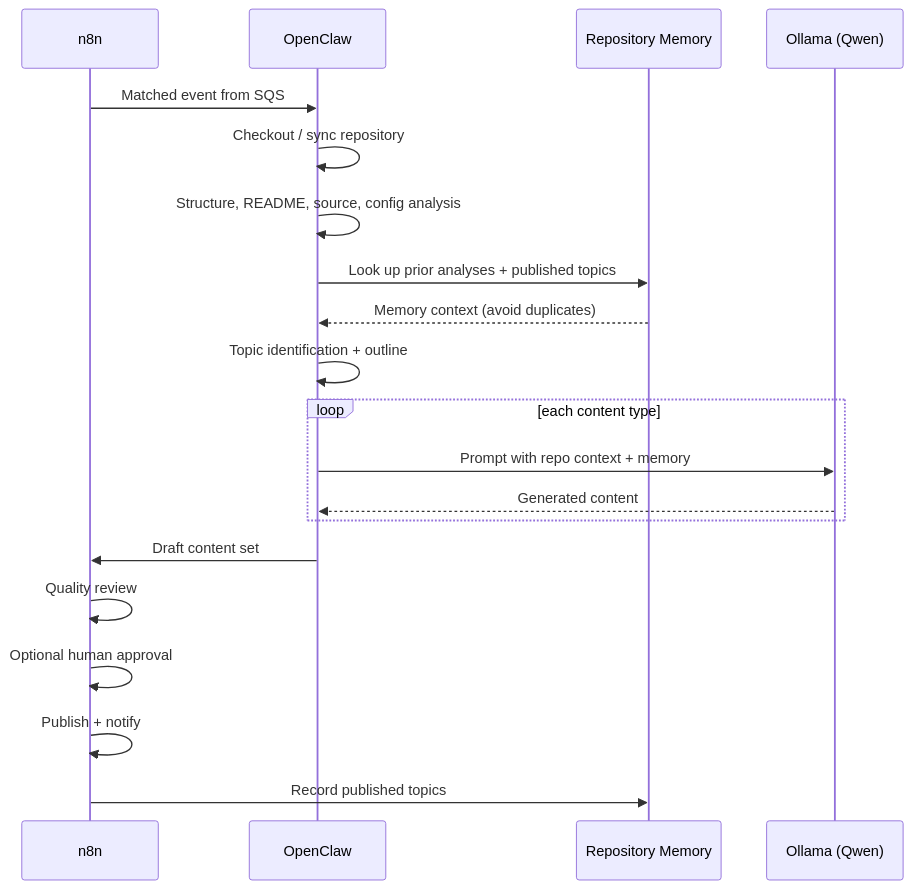
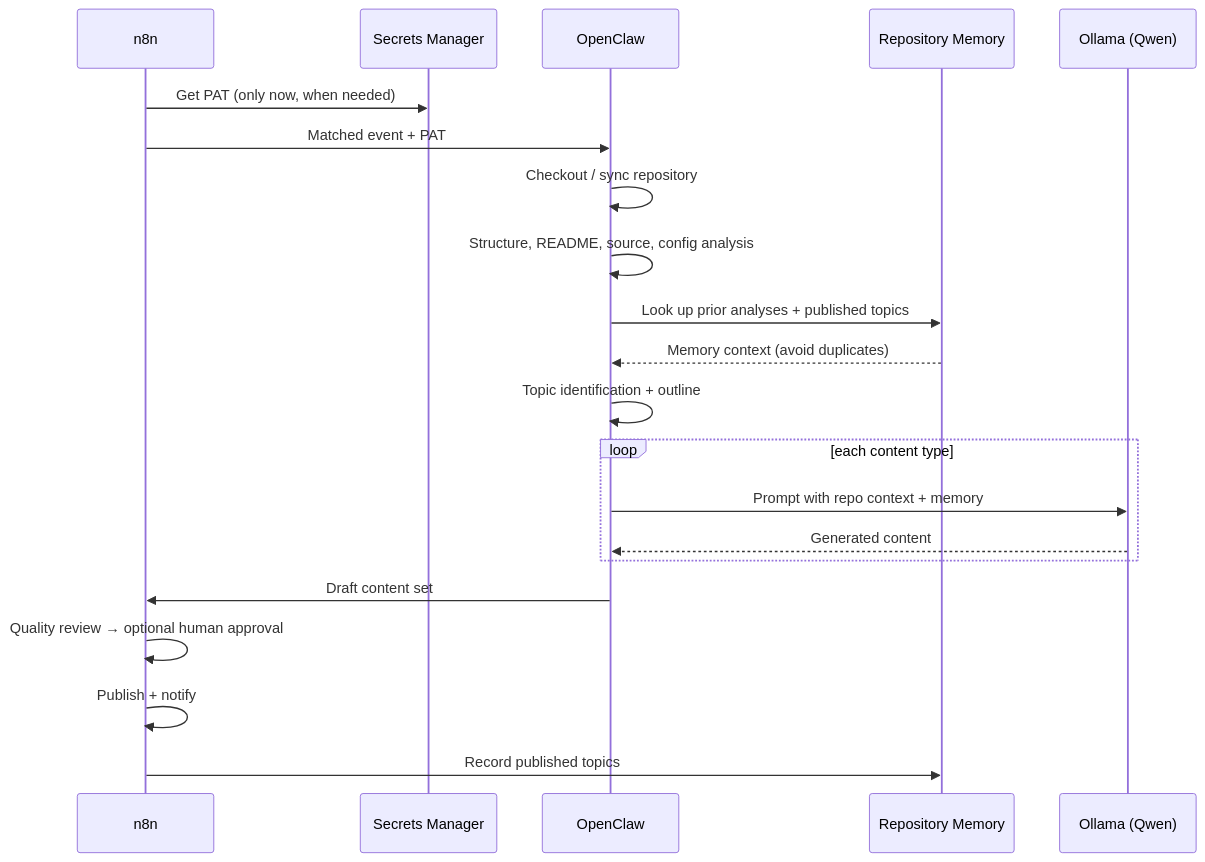
The fifth of 7 diagrams in docs/architecture.md (teddynted/ai-github-repository-blog-generator), drawn with Mermaid before and after one commit. The commit also changed other lines of this file and 12 other files, not shown here.

````diff
--- a/docs/architecture.md
+++ b/docs/architecture.md
@@ -161,23 +203,24 @@
 ```mermaid
 sequenceDiagram
     participant N as n8n
+    participant SM as Secrets Manager
     participant OC as OpenClaw
     participant M as Repository Memory
     participant OL as Ollama (Qwen)
 
-    N->>OC: Matched event from SQS
+    N->>SM: Get PAT (only now, when needed)
+    N->>OC: Matched event + PAT
     OC->>OC: Checkout / sync repository
     OC->>OC: Structure, README, source, config analysis
     OC->>M: Look up prior analyses + published topics
     M-->>OC: Memory context (avoid duplicates)
     OC->>OC: Topic identification + outline
     loop each content type
         OC->>OL: Prompt with repo context + memory
         OL-->>OC: Generated content
     end
     OC->>N: Draft content set
-    N->>N: Quality review
-    N->>N: Optional human approval
+    N->>N: Quality review → optional human approval
     N->>N: Publish + notify
     N->>M: Record published topics
 ```
````
